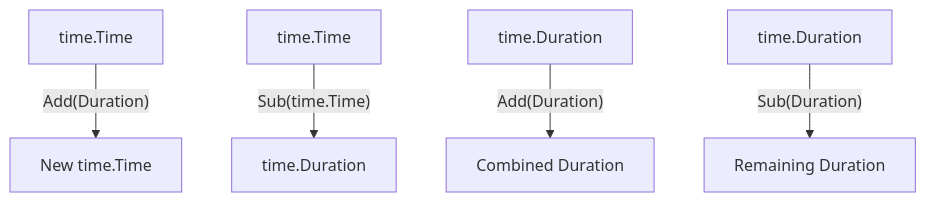
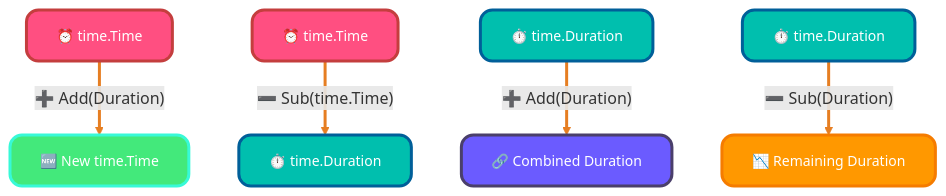
One commit to infoyouth/infoyouth.github.io changed the third of 5 diagrams in _posts/go/2025-12-04-20.-working-with-time.md. Above: the diagram before and after it, drawn with Mermaid. The commit also changed other lines of this file, not shown here.

First line of the commit message:
feat: Apply BLOG-REVIEW-RULES to Go post 20 (Working with Time)

````diff
--- a/_posts/go/2025-12-04-20.-working-with-time.md
+++ b/_posts/go/2025-12-04-20.-working-with-time.md
@@ -182,7 +203,15 @@
 ```mermaid
 graph TD
-    A[time.Time] -- Add(Duration) --> B[New time.Time]
-    C[time.Time] -- Sub(time.Time) --> D[time.Duration]
-    E[time.Duration] -- Add(Duration) --> F[Combined Duration]
-    G[time.Duration] -- Sub(Duration) --> H[Remaining Duration]
+    A["⏰ time.Time"]:::pink -- "➕ Add(Duration)" --> B["🆕 New time.Time"]:::green
+    C["⏰ time.Time"]:::pink -- "➖ Sub(time.Time)" --> D["⏱️ time.Duration"]:::teal
+    E["⏱️ time.Duration"]:::teal -- "➕ Add(Duration)" --> F["🔗 Combined Duration"]:::purple
+    G["⏱️ time.Duration"]:::teal -- "➖ Sub(Duration)" --> H["📉 Remaining Duration"]:::orange
+
+    classDef pink fill:#ff4f81,stroke:#c43e3e,color:#fff,font-size:14px,stroke-width:3px,rx:12,shadow:4px;
+    classDef green fill:#43e97b,stroke:#38f9d7,color:#fff,font-size:14px,stroke-width:3px,rx:12,shadow:4px;
+    classDef teal fill:#00bfae,stroke:#005f99,color:#fff,font-size:14px,stroke-width:3px,rx:12,shadow:4px;
+    classDef purple fill:#6b5bff,stroke:#4a3f6b,color:#fff,font-size:14px,stroke-width:3px,rx:12,shadow:4px;
+    classDef orange fill:#ff9800,stroke:#f57c00,color:#fff,font-size:14px,stroke-width:3px,rx:12,shadow:4px;
+
+    linkStyle default stroke:#e67e22,stroke-width:3px;
 ```
````
